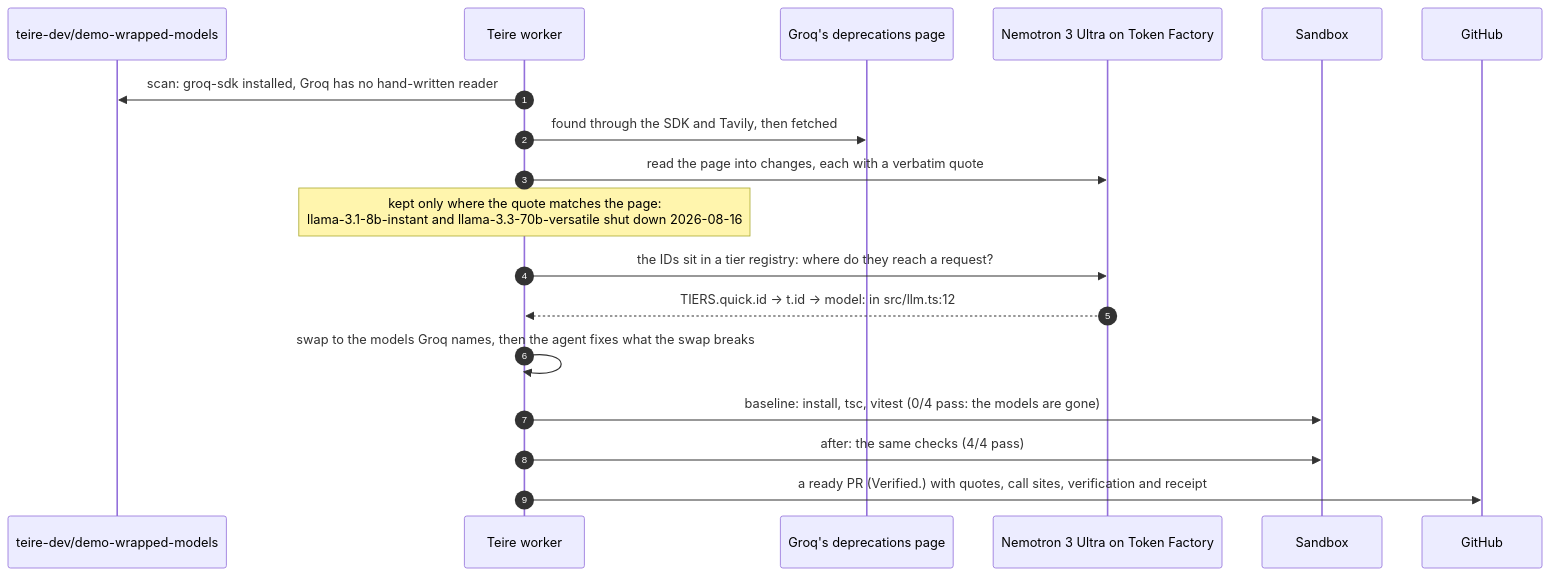
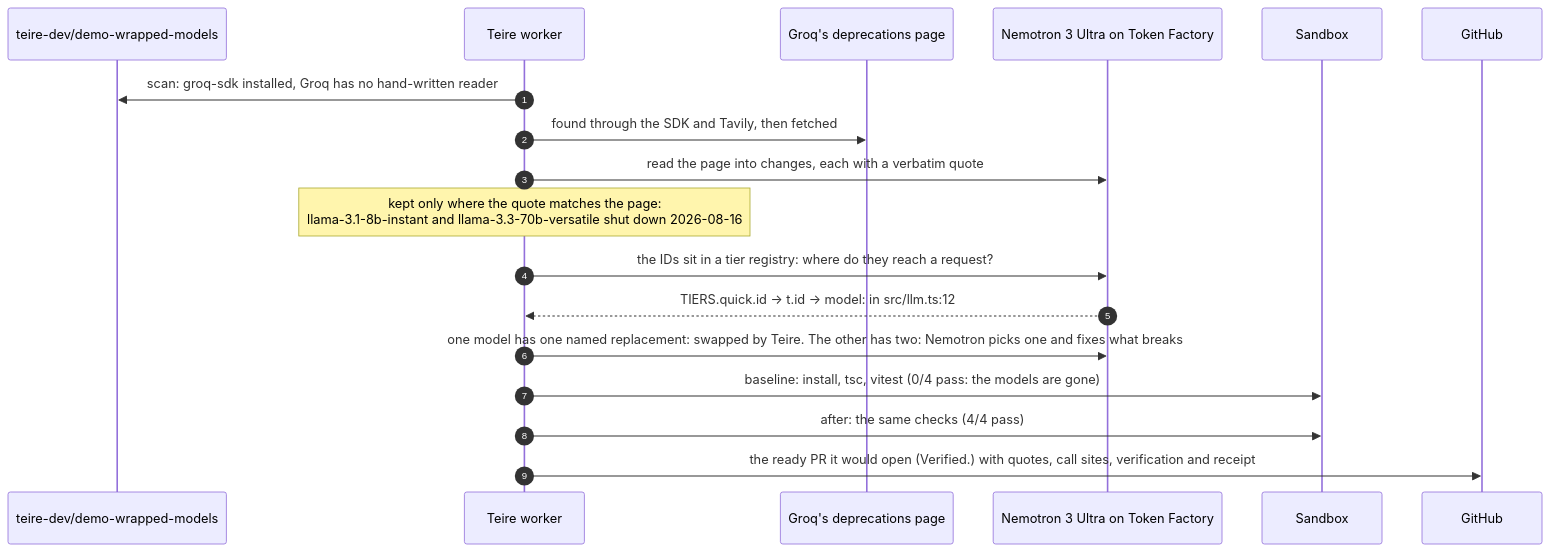
Before and after one commit to teire-dev/teire: the diagram in .github/diagrams/readme-model-retirement.mmd, drawn with Mermaid. The commit also changed 34 other files, not shown here.

```diff
--- a/.github/diagrams/readme-model-retirement.mmd
+++ b/.github/diagrams/readme-model-retirement.mmd
@@ -1,18 +1,18 @@
 sequenceDiagram
   autonumber
   participant R as teire-dev/demo-wrapped-models
   participant T as Teire worker
   participant W as Groq's deprecations page
   participant N as Nemotron 3 Ultra on Token Factory
   participant S as Sandbox
   participant G as GitHub
   T->>R: scan: groq-sdk installed, Groq has no hand-written reader
   T->>W: found through the SDK and Tavily, then fetched
   T->>N: read the page into changes, each with a verbatim quote
   Note over T: kept only where the quote matches the page:<br/>llama-3.1-8b-instant and llama-3.3-70b-versatile shut down 2026-08-16
   T->>N: the IDs sit in a tier registry: where do they reach a request?
   N-->>T: TIERS.quick.id → t.id → model: in src/llm.ts:12
-  T->>T: swap to the models Groq names, then the agent fixes what the swap breaks
+  T->>N: one model has one named replacement: swapped by Teire. The other has two: Nemotron picks one and fixes what breaks
   T->>S: baseline: install, tsc, vitest (0/4 pass: the models are gone)
   T->>S: after: the same checks (4/4 pass)
-  T->>G: a ready PR (Verified.) with quotes, call sites, verification and receipt
+  T->>G: the ready PR it would open (Verified.) with quotes, call sites, verification and receipt
```
